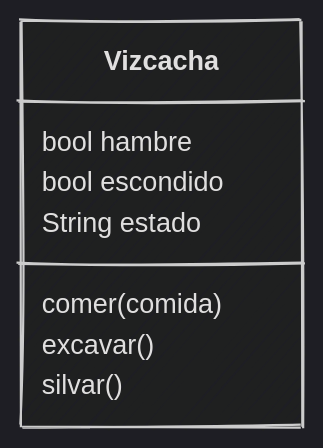
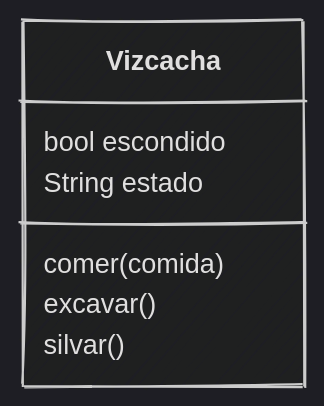
Before and after one commit to python-la-paz/python-study-group-oop: the fifth of 9 diagrams in content/sesion03/Readme.md, drawn with Mermaid. The commit also changed other lines of this file, not shown here.

````diff
--- a/content/sesion03/Readme.md
+++ b/content/sesion03/Readme.md
@@ -466,12 +499,11 @@
 ```mermaid
 %%{init: {"theme": "dark", "look": "handDrawn" }}%%
 classDiagram
     class Vizcacha {
-        bool hambre
         bool escondido
         String estado
         comer(comida)
         excavar()
         silvar()
     }
 ```
````
